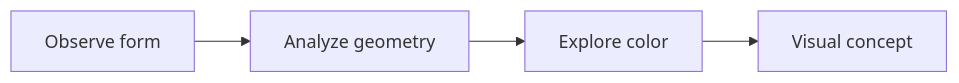
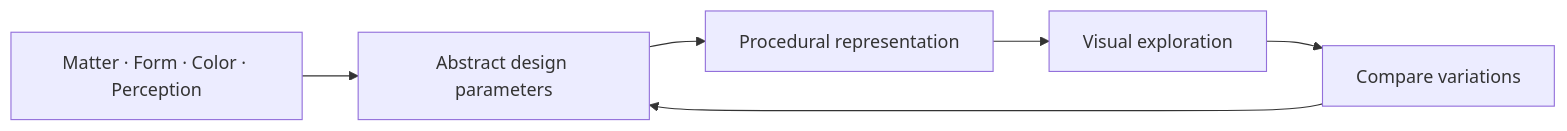
One commit to eottonicar/eottonicar changed the diagram in projects/atelie-capilar.md. Above: the diagram before and after it, drawn with Mermaid. The commit also changed other lines of this file and 7 other files, not shown here.

````diff
--- a/projects/atelie-capilar.md
+++ b/projects/atelie-capilar.md
@@ -19,4 +28,8 @@
 ```mermaid
 flowchart LR
-    A["Observe form"] --> B["Analyze geometry"] --> C["Explore color"] --> D["Visual concept"]
+ A["Matter · Form · Color · Perception"] --> B["Abstract design parameters"]
+ B --> C["Procedural representation"]
+ C --> D["Visual exploration"]
+ D --> E["Compare variations"]
+ E --> B
 ```
````
